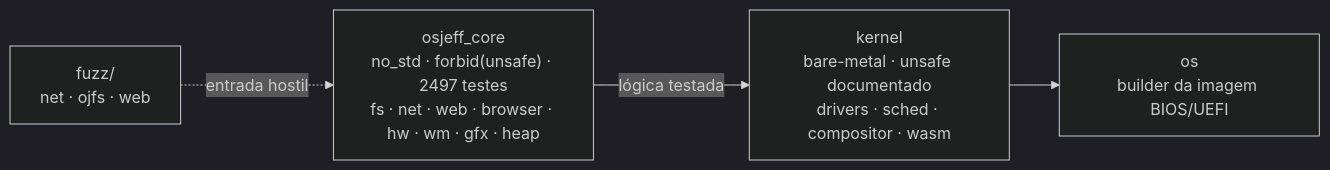
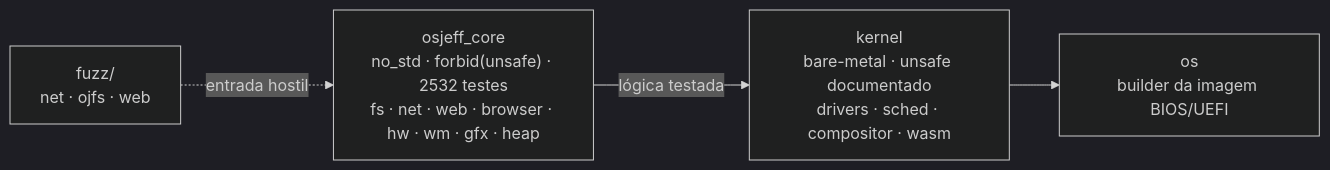
One commit to Jeffinp/OSjeff changed the diagram in README.md. Above: the diagram before and after it, drawn with Mermaid (dark theme). The commit also changed other lines of this file and 15 other files, not shown here.

````diff
--- a/README.md
+++ b/README.md
@@ -98,9 +98,9 @@
 ```mermaid
 flowchart LR
-    CORE["osjeff_core<br/>no_std · forbid(unsafe) · 2497 testes<br/>fs · net · web · browser · hw · wm · gfx · heap"]
+    CORE["osjeff_core<br/>no_std · forbid(unsafe) · 2532 testes<br/>fs · net · web · browser · hw · wm · gfx · heap"]
     KERNEL["kernel<br/>bare-metal · unsafe documentado<br/>drivers · sched · compositor · wasm"]
     OS["os<br/>builder da imagem BIOS/UEFI"]
     FUZZ["fuzz/<br/>net · ojfs · web"]
     CORE -->|lógica testada| KERNEL --> OS
     FUZZ -.->|entrada hostil| CORE
 ```
````
